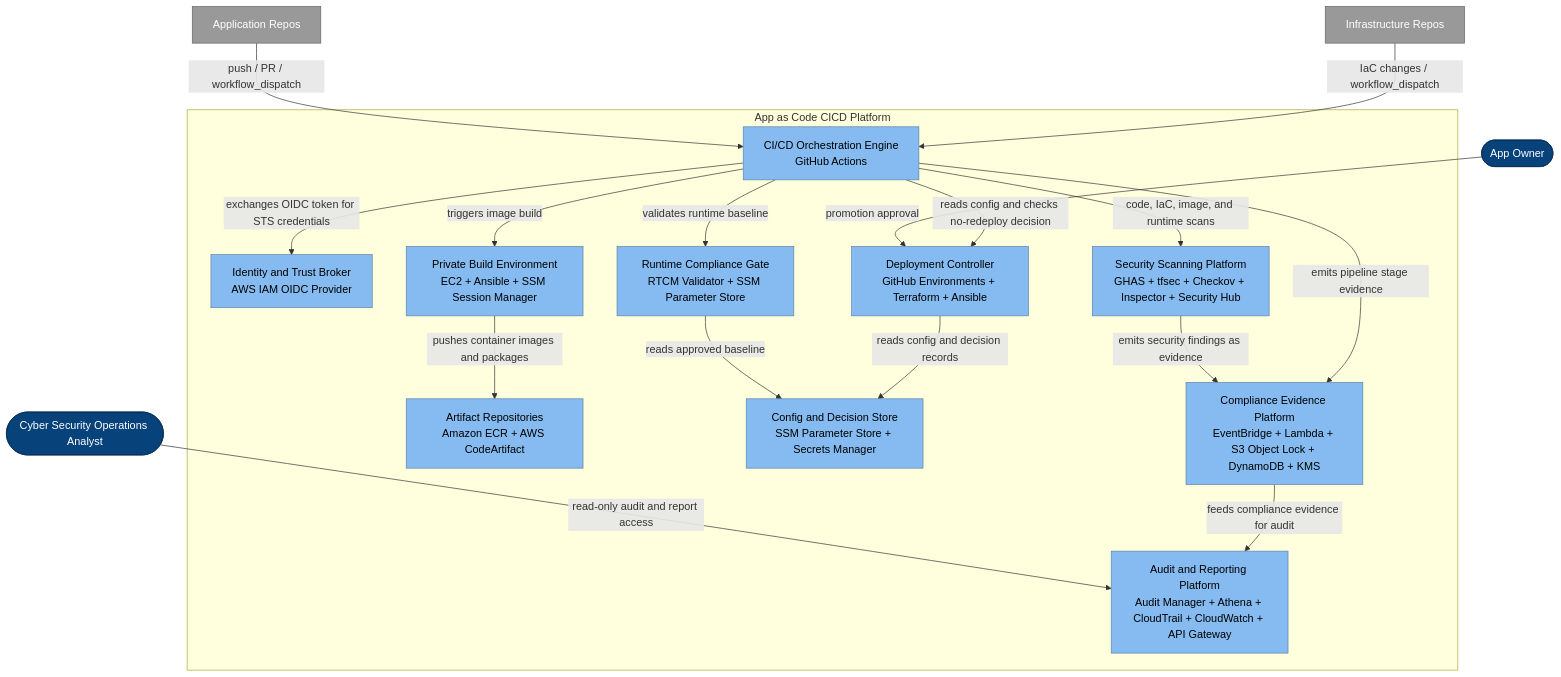
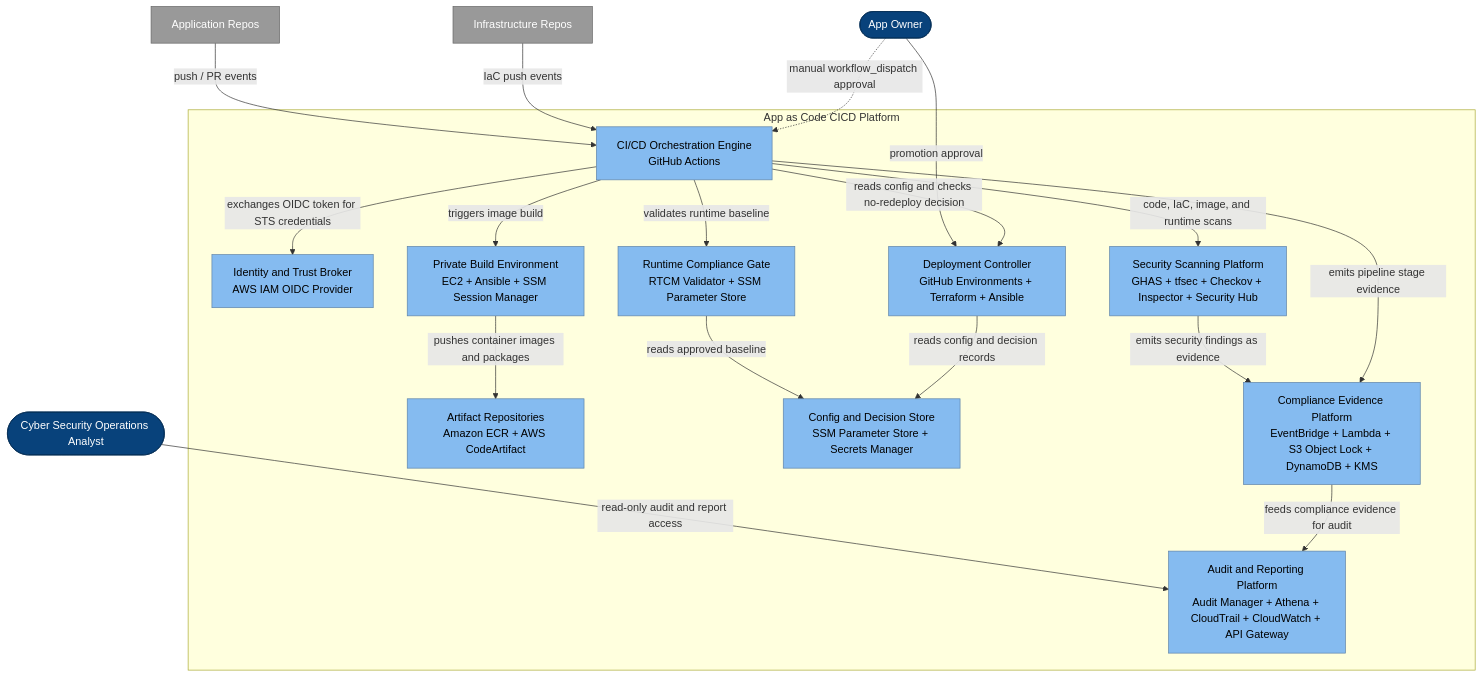
One commit to wingt903/CICD changed the diagram in architecture/c4-container-drawio.mmd. Above: the diagram before and after it, drawn with Mermaid.

Commit message:
Fix Level 2 diagram trigger semantics

```diff
--- a/architecture/c4-container-drawio.mmd
+++ b/architecture/c4-container-drawio.mmd
@@ -1,63 +1,64 @@
 graph TB
     %% C4 Container (Level 2) - draw.io compatible
 
     %% External actors
     appOwner([App Owner])
     auditor([Cyber Security Operations Analyst])
 
     %% External systems
     appRepos[Application Repos]
     infraRepos[Infrastructure Repos]
 
     %% System boundary
     subgraph cicd ["App as Code CICD Platform"]
         orch[CI/CD Orchestration Engine\nGitHub Actions]
         trust[Identity and Trust Broker\nAWS IAM OIDC Provider]
         rtcm[Runtime Compliance Gate\nRTCM Validator + SSM Parameter Store]
         build[Private Build Environment\nEC2 + Ansible + SSM Session Manager]
         artifact[Artifact Repositories\nAmazon ECR + AWS CodeArtifact]
         config[Config and Decision Store\nSSM Parameter Store + Secrets Manager]
         deploy[Deployment Controller\nGitHub Environments + Terraform + Ansible]
         secscan[Security Scanning Platform\nGHAS + tfsec + Checkov + Inspector + Security Hub]
         evidence[Compliance Evidence Platform\nEventBridge + Lambda + S3 Object Lock + DynamoDB + KMS]
         audit[Audit and Reporting Platform\nAudit Manager + Athena + CloudTrail + CloudWatch + API Gateway]
     end
 
     %% External interactions
-    appRepos -->|push / PR / workflow_dispatch| orch
-    infraRepos -->|IaC changes / workflow_dispatch| orch
+    appRepos -->|push / PR events| orch
+    infraRepos -->|IaC push events| orch
+    appOwner -.->|manual workflow_dispatch approval| orch
     appOwner -->|promotion approval| deploy
     auditor -->|read-only audit and report access| audit
 
     %% Internal interactions
     orch -->|exchanges OIDC token for STS credentials| trust
     orch -->|validates runtime baseline| rtcm
     rtcm -->|reads approved baseline| config
     orch -->|triggers image build| build
     build -->|pushes container images and packages| artifact
     orch -->|reads config and checks no-redeploy decision| deploy
     deploy -->|reads config and decision records| config
     orch -->|code, IaC, image, and runtime scans| secscan
     secscan -->|emits security findings as evidence| evidence
     orch -->|emits pipeline stage evidence| evidence
     evidence -->|feeds compliance evidence for audit| audit
 
     %% Styling - internal containers
     style orch fill:#85BBF0,color:#000000,stroke:#5D82A8
     style trust fill:#85BBF0,color:#000000,stroke:#5D82A8
     style rtcm fill:#85BBF0,color:#000000,stroke:#5D82A8
     style build fill:#85BBF0,color:#000000,stroke:#5D82A8
     style artifact fill:#85BBF0,color:#000000,stroke:#5D82A8
     style config fill:#85BBF0,color:#000000,stroke:#5D82A8
     style deploy fill:#85BBF0,color:#000000,stroke:#5D82A8
     style secscan fill:#85BBF0,color:#000000,stroke:#5D82A8
     style evidence fill:#85BBF0,color:#000000,stroke:#5D82A8
     style audit fill:#85BBF0,color:#000000,stroke:#5D82A8
 
     %% Styling - people
     style appOwner fill:#08427B,color:#ffffff,stroke:#052E56
     style auditor fill:#08427B,color:#ffffff,stroke:#052E56
 
     %% Styling - external systems
     style appRepos fill:#999999,color:#ffffff,stroke:#666666
     style infraRepos fill:#999999,color:#ffffff,stroke:#666666
```
